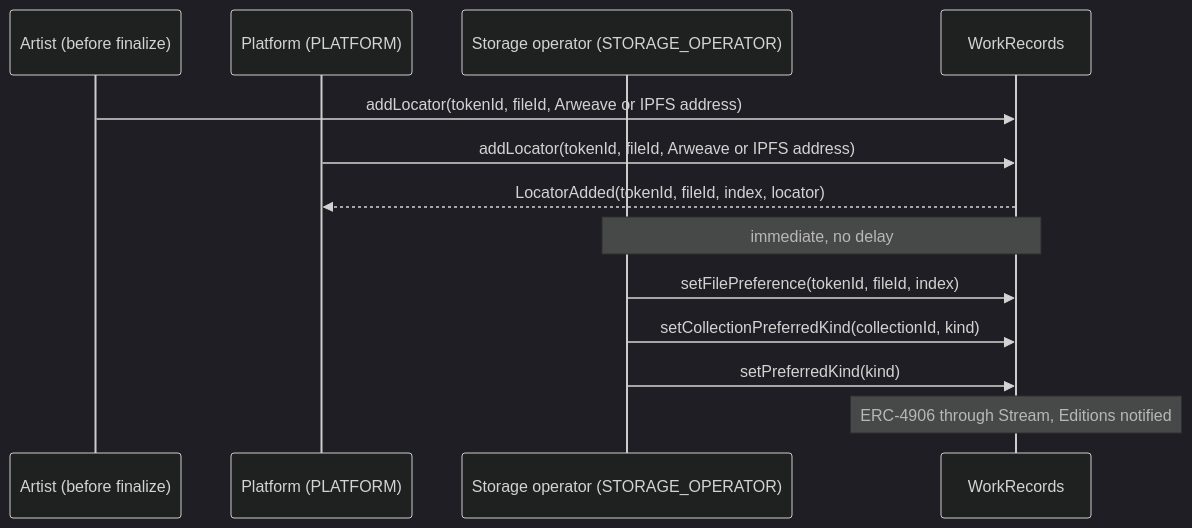
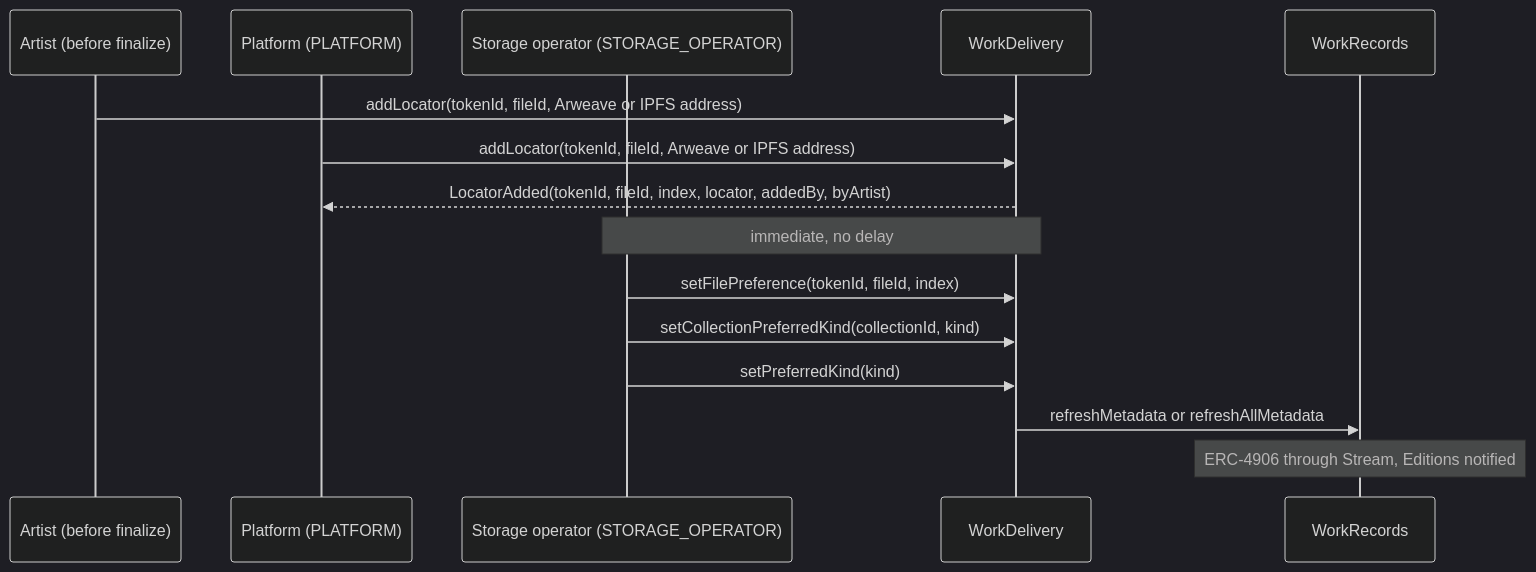
The seventh of 10 diagrams in docs/spec/works-and-storage.md (6529-Collections/6529-works), drawn with Mermaid (dark theme) before and after one commit. The commit also changed other lines of this file and 369 other files, not shown here.

````diff
--- a/docs/spec/works-and-storage.md
+++ b/docs/spec/works-and-storage.md
@@ -301,15 +353,17 @@
 ```mermaid
 sequenceDiagram
     participant Ar as Artist (before finalize)
     participant P as Platform (PLATFORM)
     participant SO as Storage operator (STORAGE_OPERATOR)
+    participant WD as WorkDelivery
     participant WR as WorkRecords
-    Ar->>WR: addLocator(tokenId, fileId, Arweave or IPFS address)
-    P->>WR: addLocator(tokenId, fileId, Arweave or IPFS address)
-    WR-->>P: LocatorAdded(tokenId, fileId, index, locator)
-    Note over SO,WR: immediate, no delay
-    SO->>WR: setFilePreference(tokenId, fileId, index)
-    SO->>WR: setCollectionPreferredKind(collectionId, kind)
-    SO->>WR: setPreferredKind(kind)
+    Ar->>WD: addLocator(tokenId, fileId, Arweave or IPFS address)
+    P->>WD: addLocator(tokenId, fileId, Arweave or IPFS address)
+    WD-->>P: LocatorAdded(tokenId, fileId, index, locator, addedBy, byArtist)
+    Note over SO,WD: immediate, no delay
+    SO->>WD: setFilePreference(tokenId, fileId, index)
+    SO->>WD: setCollectionPreferredKind(collectionId, kind)
+    SO->>WD: setPreferredKind(kind)
+    WD->>WR: refreshMetadata or refreshAllMetadata
     Note over WR: ERC-4906 through Stream, Editions notified
 ```
````
